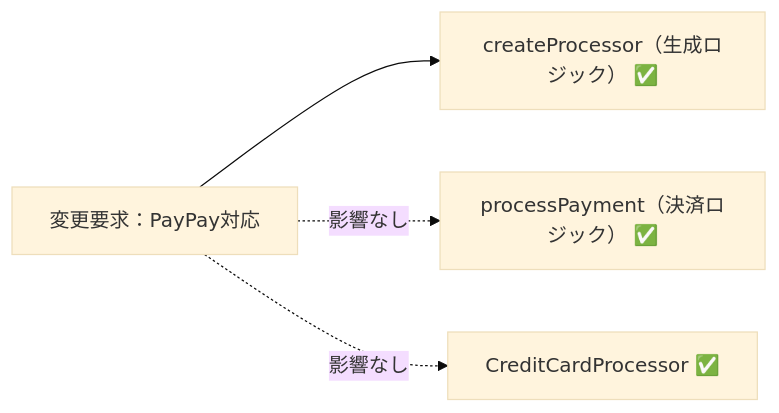
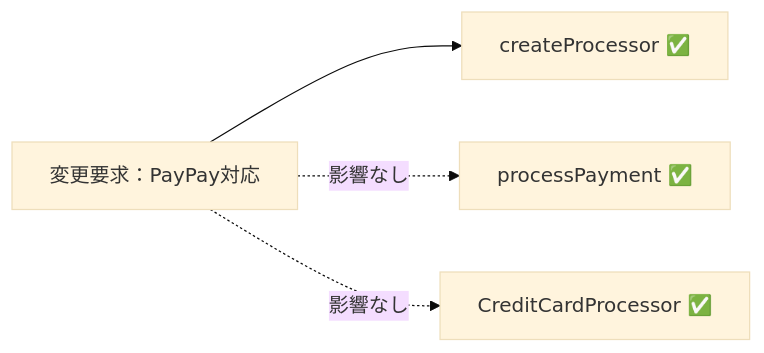
The ninth of 10 diagrams in kindle/design-patterns/output/chapter08.md (kumachan1101-pixel/DesignPattern), drawn with Mermaid (base theme) before and after one commit. The commit also changed other lines of this file and 3 other files, not shown here.

````diff
--- a/kindle/design-patterns/output/chapter08.md
+++ b/kindle/design-patterns/output/chapter08.md
@@ -1245,7 +1286,7 @@
 ```mermaid
 graph LR
-    T1["変更要求：PayPay対応"] --> F1["createProcessor（生成ロジック） ✅"]
-    T1 -. "影響なし" .-> A["processPayment（決済ロジック） ✅"]
+    T1["変更要求：PayPay対応"] --> F1["createProcessor ✅"]
+    T1 -. "影響なし" .-> A["processPayment ✅"]
     T1 -. "影響なし" .-> B["CreditCardProcessor ✅"]
 
 ```
````
